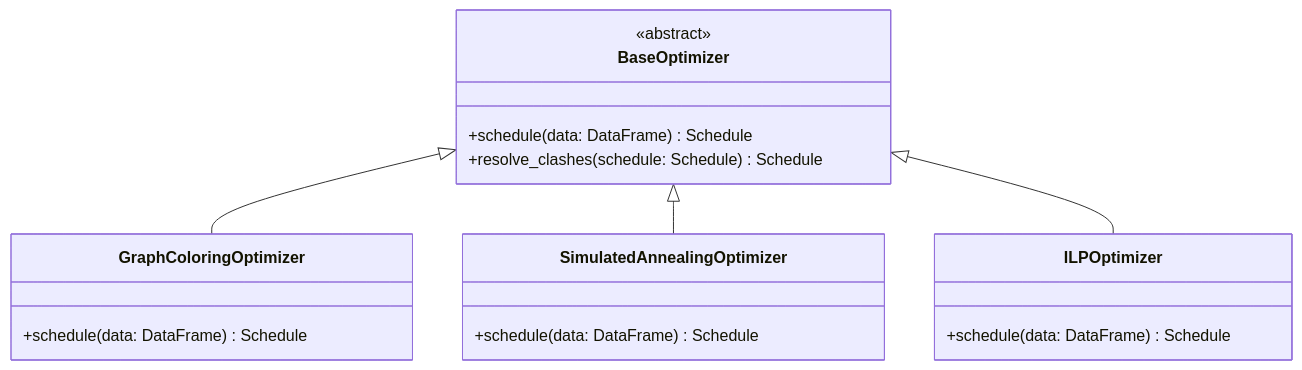
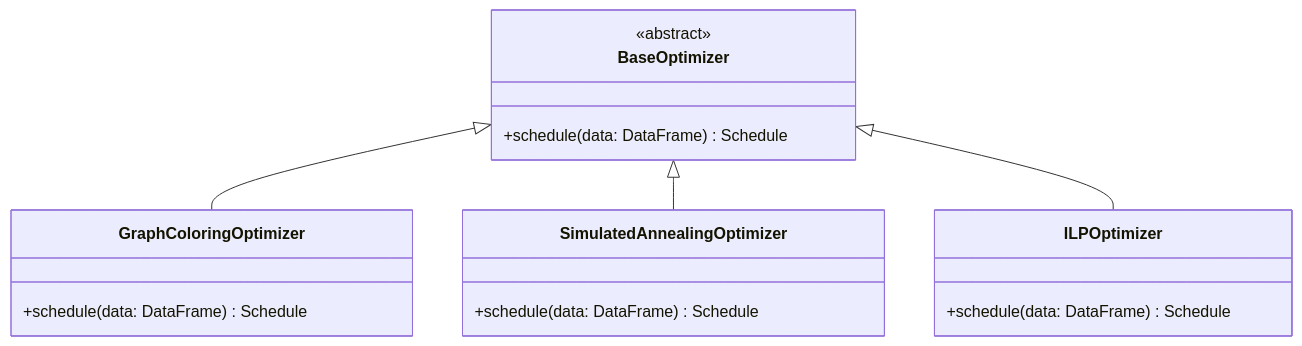
One commit to adhxtry/unisched changed the third of 4 diagrams in PROJECT_PLAN.md. Above: the diagram before and after it, drawn with Mermaid. The commit also changed other lines of this file, not shown here.

````diff
--- a/PROJECT_PLAN.md
+++ b/PROJECT_PLAN.md
@@ -93,22 +126,21 @@
 ```mermaid
 classDiagram
     class BaseOptimizer {
         <<abstract>>
         +schedule(data: DataFrame) Schedule
-        +resolve_clashes(schedule: Schedule) Schedule
     }
-    
+
     class GraphColoringOptimizer {
         +schedule(data: DataFrame) Schedule
     }
     class SimulatedAnnealingOptimizer {
         +schedule(data: DataFrame) Schedule
     }
     class ILPOptimizer {
         +schedule(data: DataFrame) Schedule
     }
-    
+
     BaseOptimizer <|-- GraphColoringOptimizer
     BaseOptimizer <|-- SimulatedAnnealingOptimizer
     BaseOptimizer <|-- ILPOptimizer
 ```
````
